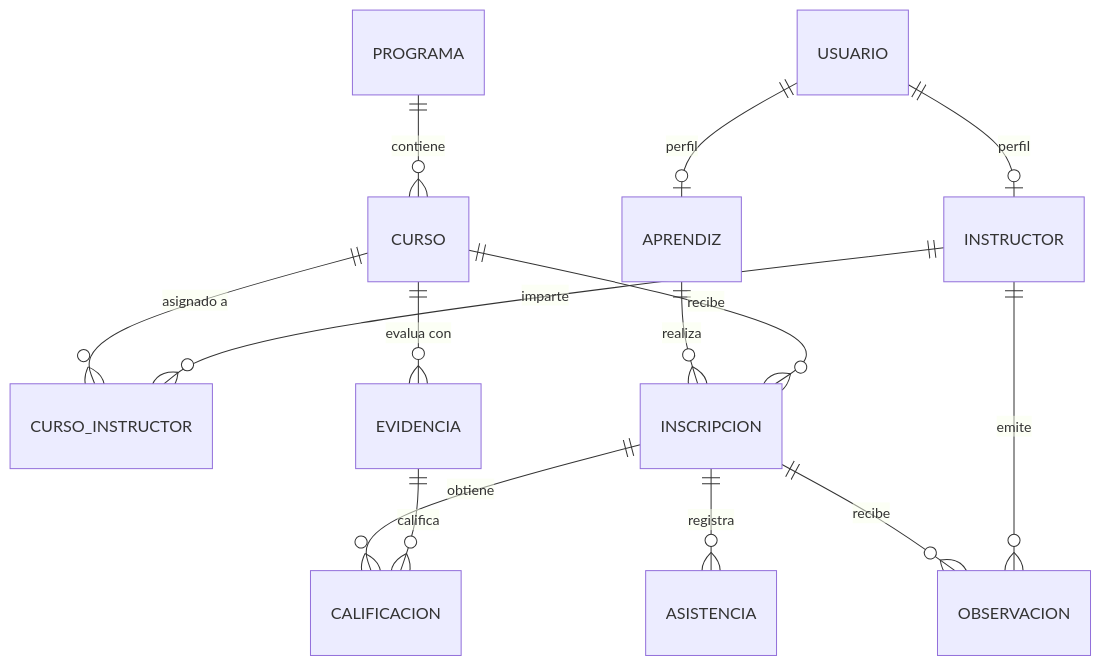
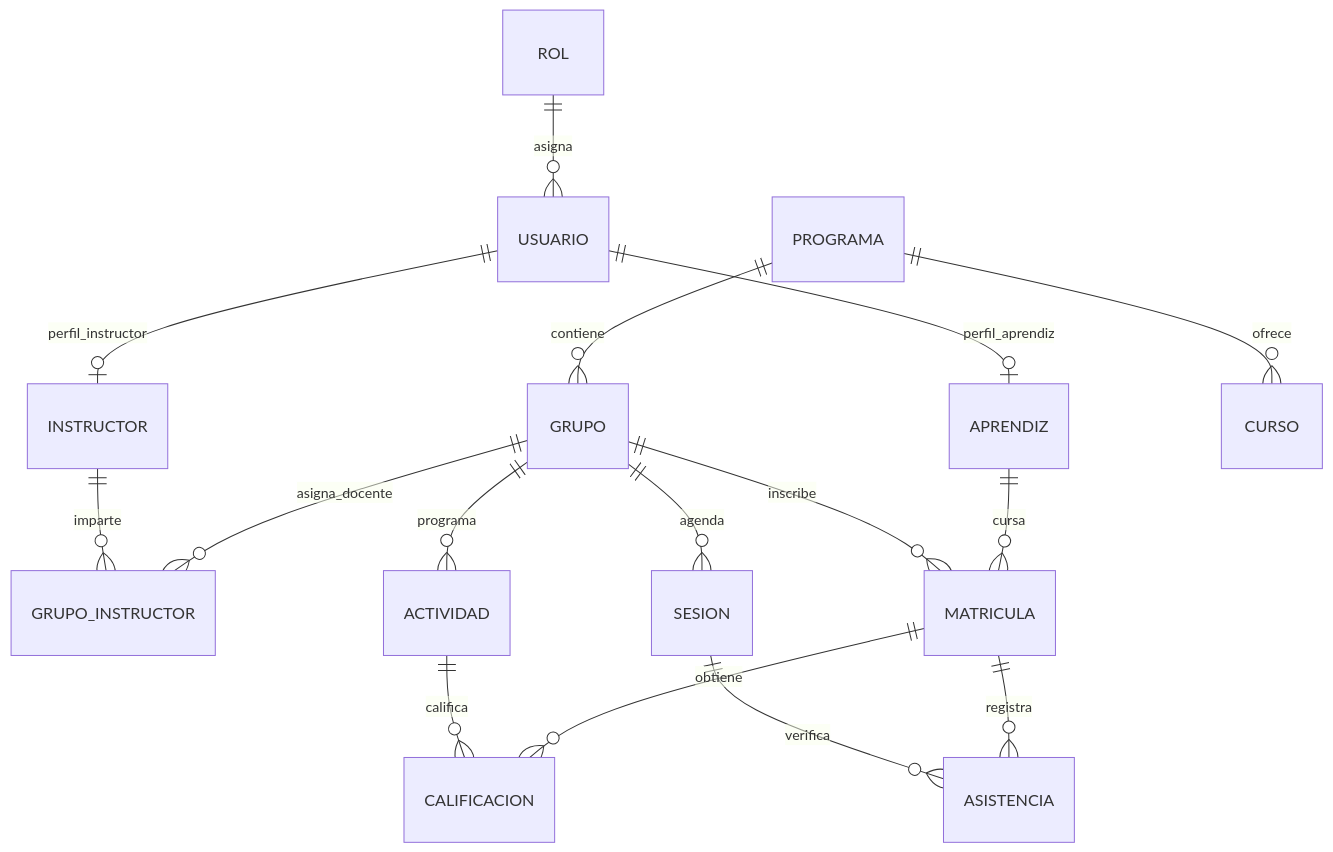
One commit to bautistanyely809-creator/PLATAFORMA-DE-GESTI-N-ACAD-MICA changed the diagram in README.md. Above: the diagram before and after it, drawn with Mermaid. The commit also changed other lines of this file and 1 other file, not shown here.

````diff
--- a/README.md
+++ b/README.md
@@ -74,16 +89,18 @@
 ```mermaid
 erDiagram
-    USUARIO ||--o| APRENDIZ : "perfil"
-    USUARIO ||--o| INSTRUCTOR : "perfil"
-    PROGRAMA ||--o{ CURSO : "contiene"
-    CURSO ||--o{ CURSO_INSTRUCTOR : "asignado a"
-    INSTRUCTOR ||--o{ CURSO_INSTRUCTOR : "imparte"
-    APRENDIZ ||--o{ INSCRIPCION : "realiza"
-    CURSO ||--o{ INSCRIPCION : "recibe"
-    CURSO ||--o{ EVIDENCIA : "evalua con"
-    INSCRIPCION ||--o{ CALIFICACION : "obtiene"
-    EVIDENCIA ||--o{ CALIFICACION : "califica"
-    INSCRIPCION ||--o{ ASISTENCIA : "registra"
-    INSCRIPCION ||--o{ OBSERVACION : "recibe"
-    INSTRUCTOR ||--o{ OBSERVACION : "emite"
+    ROL ||--o{ USUARIO : asigna
+    USUARIO ||--o| APRENDIZ : perfil_aprendiz
+    USUARIO ||--o| INSTRUCTOR : perfil_instructor
+    PROGRAMA ||--o{ GRUPO : contiene
+    PROGRAMA ||--o{ CURSO : ofrece
+    GRUPO ||--o{ GRUPO_INSTRUCTOR : asigna_docente
+    INSTRUCTOR ||--o{ GRUPO_INSTRUCTOR : imparte
+    APRENDIZ ||--o{ MATRICULA : cursa
+    GRUPO ||--o{ MATRICULA : inscribe
+    GRUPO ||--o{ ACTIVIDAD : programa
+    GRUPO ||--o{ SESION : agenda
+    MATRICULA ||--o{ CALIFICACION : obtiene
+    ACTIVIDAD ||--o{ CALIFICACION : califica
+    MATRICULA ||--o{ ASISTENCIA : registra
+    SESION ||--o{ ASISTENCIA : verifica
 ```
````
